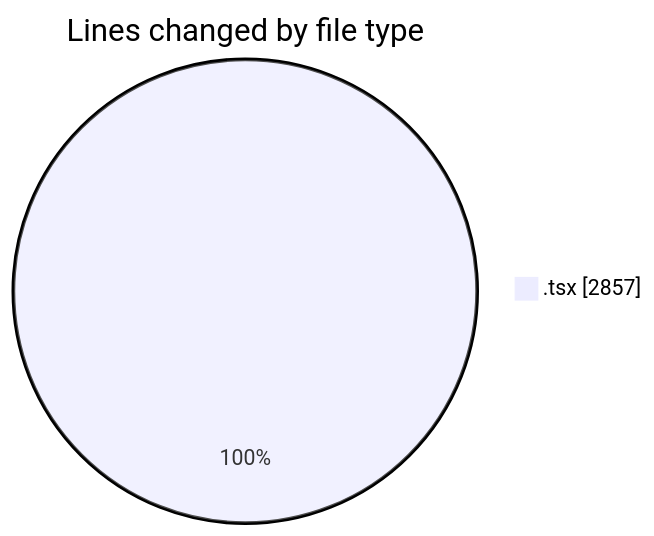
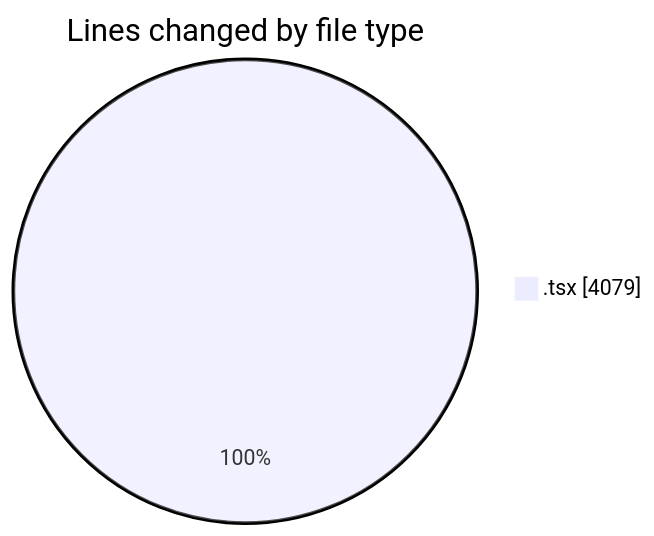
One commit to nxtqubesakshisongat/code-tracking changed the first of 2 diagrams in 2026-05-22/nxtqube_webapp/README.md. Above: the diagram before and after it, drawn with Mermaid. The commit also changed other lines of this file and 1 other file, not shown here.

````diff
--- a/2026-05-22/nxtqube_webapp/README.md
+++ b/2026-05-22/nxtqube_webapp/README.md
@@ -22,5 +22,5 @@
 ```mermaid
 pie showData
 title Lines changed by file type
-".tsx" : 2857
+".tsx" : 4079
 ```
````
